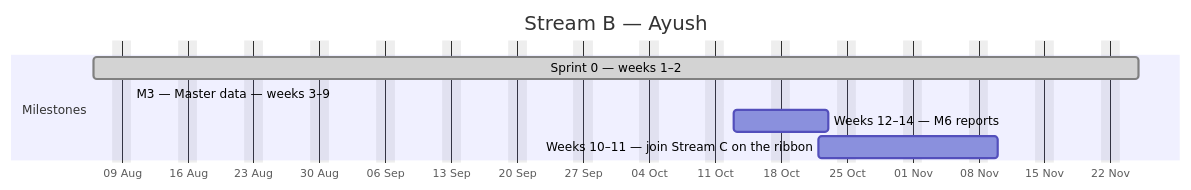
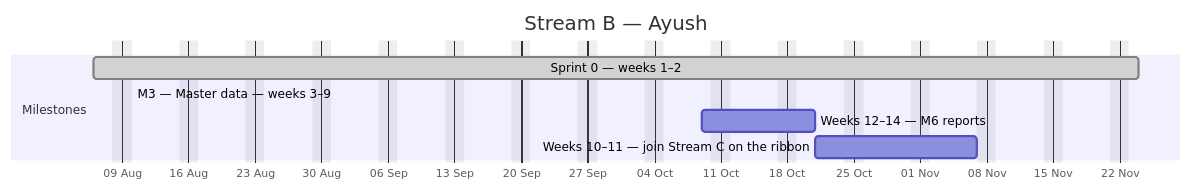
Before and after one commit to debashisedunext/EduTrack: the second of 4 diagrams in docs/plan/GANTT.md, drawn with Mermaid. The commit also changed other lines of this file and 3 other files, not shown here.

````diff
--- a/docs/plan/GANTT.md
+++ b/docs/plan/GANTT.md
@@ -142,12 +145,12 @@
 ```mermaid
 gantt
     dateFormat YYYY-MM-DD
     axisFormat %d %b
     title Stream B — Ayush
     excludes weekends
     section Milestones
-    Sprint 0 — weeks 1–2 :done, b0, 2026-08-06, 79d
-    M3 — Master data — weeks 3–9 :active, b1, 2026-08-10, -14d
-    Weeks 12–14 — M6 reports :b2, 2026-10-13, 8d
-    Weeks 10–11 — join Stream C on the ribbon :b3, 2026-10-22, 13d
+    Sprint 0 — weeks 1–2 :done, b0, 2026-08-06, 78d
+    M3 — Master data — weeks 3–9 :active, b1, 2026-08-10, -15d
+    Weeks 12–14 — M6 reports :b2, 2026-10-09, 8d
+    Weeks 10–11 — join Stream C on the ribbon :b3, 2026-10-21, 13d
 ```
````
